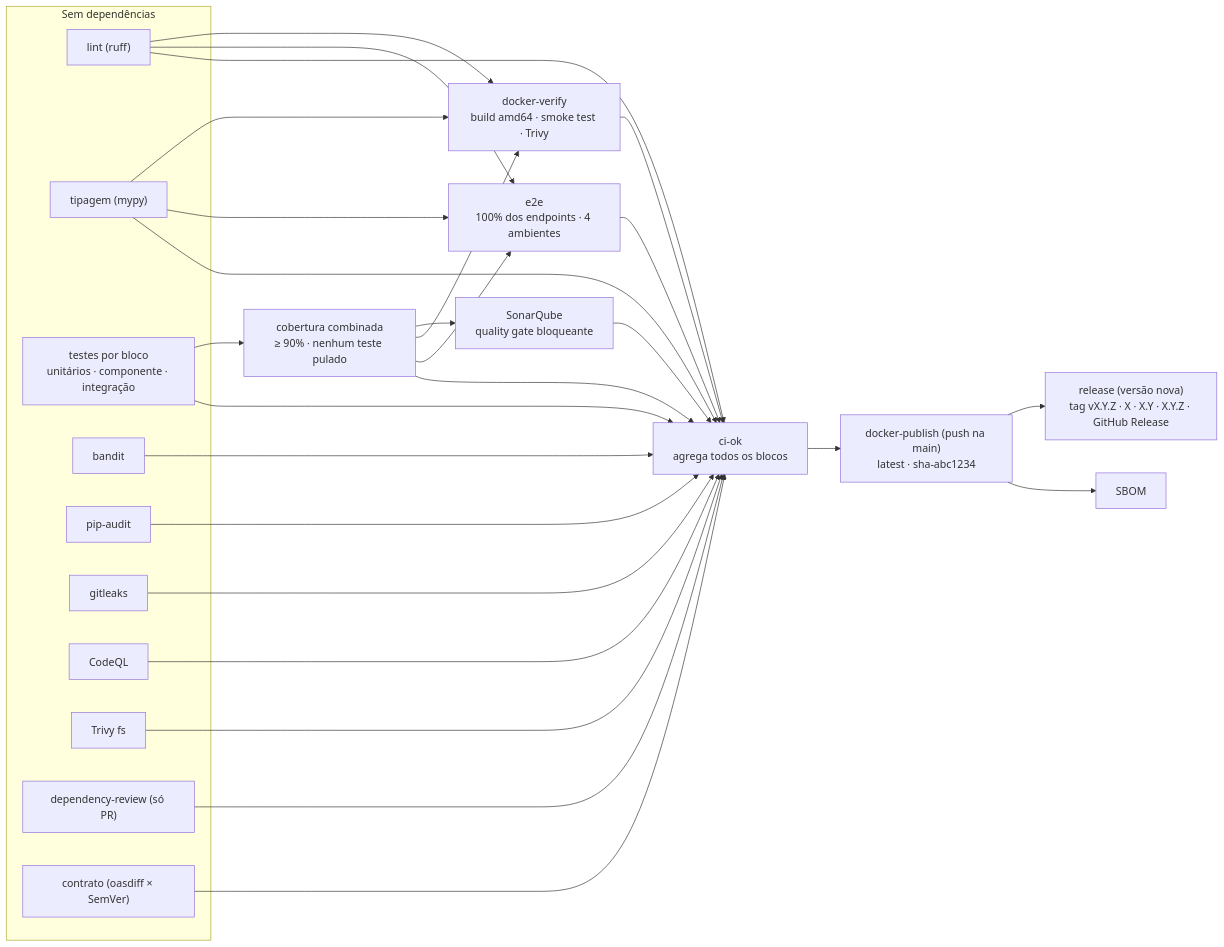
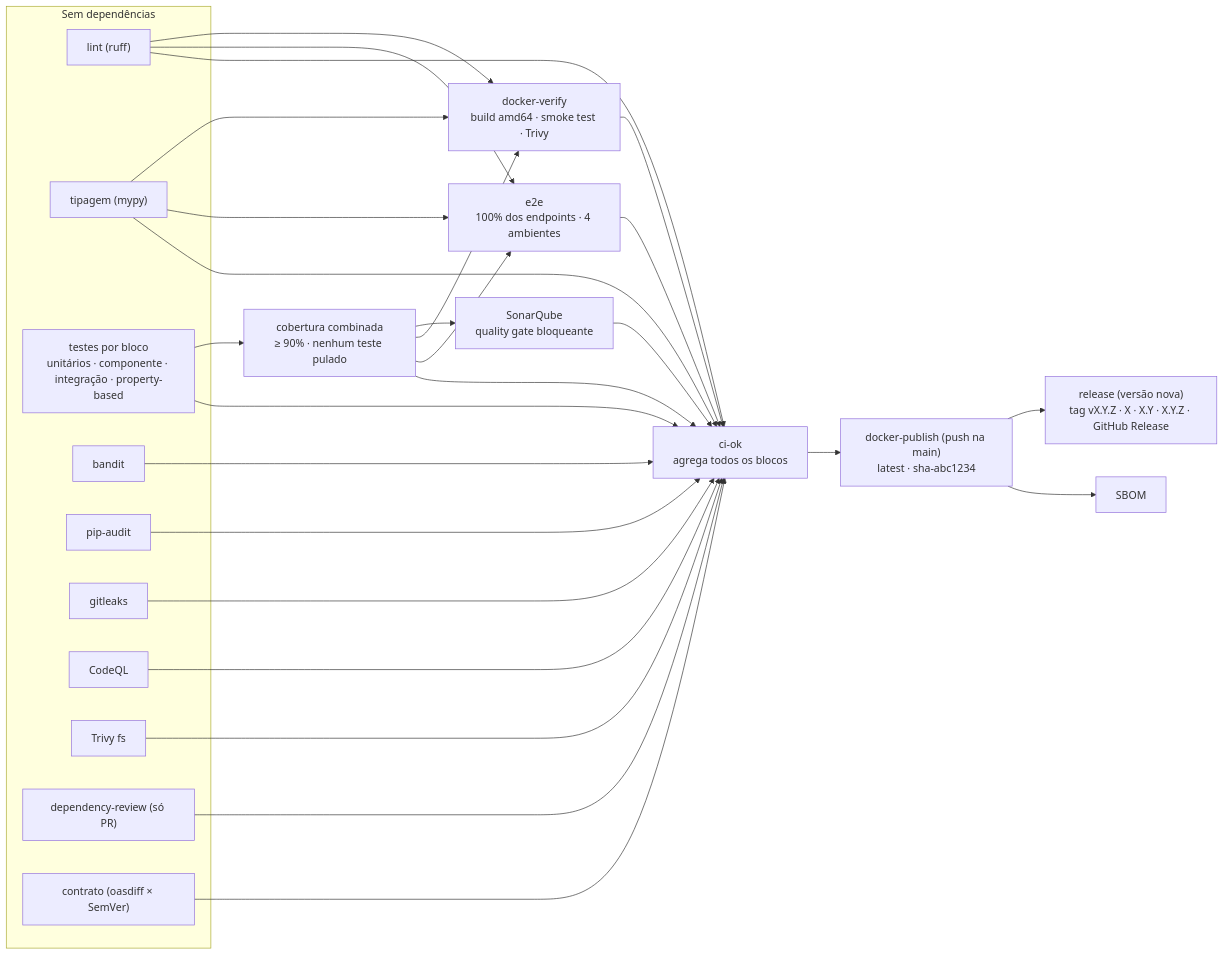
One commit to rlquilez/b3datetime changed the sixth of 7 diagrams in README.md. Above: the diagram before and after it, drawn with Mermaid. The commit also changed other lines of this file and 9 other files, not shown here.

First line of the commit message:
fix(security): redact_url nunca vaza credencial nem levanta — e nasce o bloco property-based

````diff
--- a/README.md
+++ b/README.md
@@ -869,21 +870,21 @@
 ```mermaid
 flowchart LR
     subgraph paralelo["Sem dependências"]
         lint["lint (ruff)"]
         typecheck["tipagem (mypy)"]
-        test["testes por bloco<br/>unitários · componente · integração"]
+        test["testes por bloco<br/>unitários · componente · integração · property-based"]
         bandit["bandit"]
         pipaudit["pip-audit"]
         gitleaks["gitleaks"]
         codeql["CodeQL"]
         trivyfs["Trivy fs"]
         depreview["dependency-review (só PR)"]
         contract["contrato (oasdiff × SemVer)"]
     end
     test --> cov["cobertura combinada<br/>≥ 90% · nenhum teste pulado"] --> sonar["SonarQube<br/>quality gate bloqueante"]
     lint & typecheck & cov --> dv["docker-verify<br/>build amd64 · smoke test · Trivy"]
     lint & typecheck & cov --> e2e["e2e<br/>100% dos endpoints · 4 ambientes"]
     pub --> rel["release (versão nova)<br/>tag vX.Y.Z · X · X.Y · X.Y.Z · GitHub Release"]
     lint & typecheck & test & cov & sonar & bandit & pipaudit & gitleaks & codeql & trivyfs & contract & dv & e2e & depreview --> ok["ci-ok<br/>agrega todos os blocos"]
     ok --> pub["docker-publish (push na main)<br/>latest · sha-abc1234"] --> sbom["SBOM"]
 ```
````
